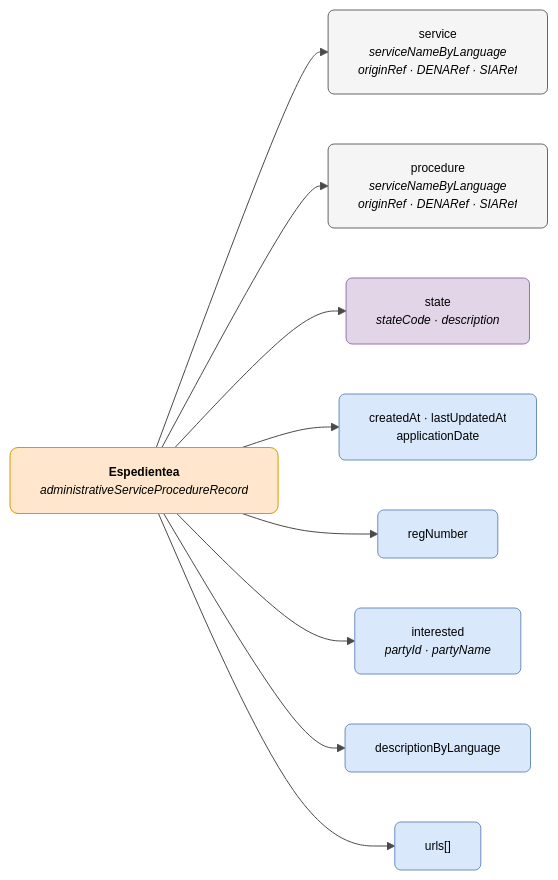
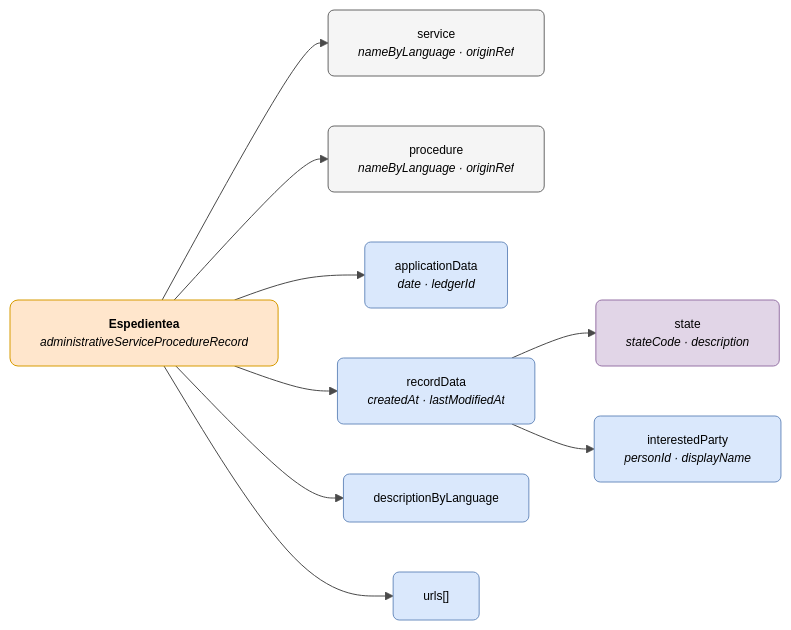
Before and after one commit to DENA-Euskadi/dena-euskadi.github.io: the diagram in docs/semantica/data-retrieve/data/expediente.eu.md, drawn with Mermaid. The commit also changed other lines of this file and 75 other files, not shown here.

````diff
--- a/docs/semantica/data-retrieve/data/expediente.eu.md
+++ b/docs/semantica/data-retrieve/data/expediente.eu.md
@@ -15,36 +15,37 @@
 ```mermaid
 ---
 config:
   theme: base
   themeVariables:
     primaryColor: "#FFFFFF"
     primaryTextColor: "#000000"
     primaryBorderColor: "#CCCCCC"
     lineColor: "#4A4A4A"
     fontSize: "12px"
 ---
 flowchart LR
     EXP["<b>Espedientea</b><br/><i>administrativeServiceProcedureRecord</i>"]
 
-    EXP --> SRV["service<br/><i>serviceNameByLanguage<br/>originRef · DENARef · SIARef</i>"]
-    EXP --> PROC["procedure<br/><i>serviceNameByLanguage<br/>originRef · DENARef · SIARef</i>"]
-    EXP --> STATE["state<br/><i>stateCode · description</i>"]
-    EXP --> DATES["createdAt · lastUpdatedAt<br/>applicationDate"]
-    EXP --> REGNUMBER["regNumber"]
-    EXP --> INTERESTED["interested<br/><i>partyId · partyName</i>"]
+    EXP --> SRV["service<br/><i>nameByLanguage · originRef</i>"]
+    EXP --> PROC["procedure<br/><i>nameByLanguage · originRef</i>"]
+    EXP --> APPDATA["applicationData<br/><i>date · ledgerId</i>"]
+    EXP --> RECDATA["recordData<br/><i>createdAt · lastModifiedAt</i>"]
     EXP --> DESC["descriptionByLanguage"]
     EXP --> URLS["urls[]"]
+
+    RECDATA --> STATE["state<br/><i>stateCode · description</i>"]
+    RECDATA --> PARTY["interestedParty<br/><i>personId · displayName</i>"]
 
     style EXP fill:#ffe6cc,stroke:#d79b00,color:#000000,rx:8,ry:8
     style SRV fill:#f5f5f5,stroke:#666666,color:#000000,rx:6,ry:6
     style PROC fill:#f5f5f5,stroke:#666666,color:#000000,rx:6,ry:6
-    style STATE fill:#e1d5e7,stroke:#9673a6,color:#000000,rx:6,ry:6
-    style DATES fill:#dae8fc,stroke:#6c8ebf,color:#000000,rx:6,ry:6
-    style REGNUMBER fill:#dae8fc,stroke:#6c8ebf,color:#000000,rx:6,ry:6
-    style INTERESTED fill:#dae8fc,stroke:#6c8ebf,color:#000000,rx:6,ry:6
+    style APPDATA fill:#dae8fc,stroke:#6c8ebf,color:#000000,rx:6,ry:6
+    style RECDATA fill:#dae8fc,stroke:#6c8ebf,color:#000000,rx:6,ry:6
     style DESC fill:#dae8fc,stroke:#6c8ebf,color:#000000,rx:6,ry:6
     style URLS fill:#dae8fc,stroke:#6c8ebf,color:#000000,rx:6,ry:6
+    style STATE fill:#e1d5e7,stroke:#9673a6,color:#000000,rx:6,ry:6
+    style PARTY fill:#dae8fc,stroke:#6c8ebf,color:#000000,rx:6,ry:6
 
     click SRV "../servicio-administrativo/" "Ikusi Administrazio-zerbitzua"
     click PROC "../servicio-administrativo/" "Ikusi Prozedura"
 ```
````
